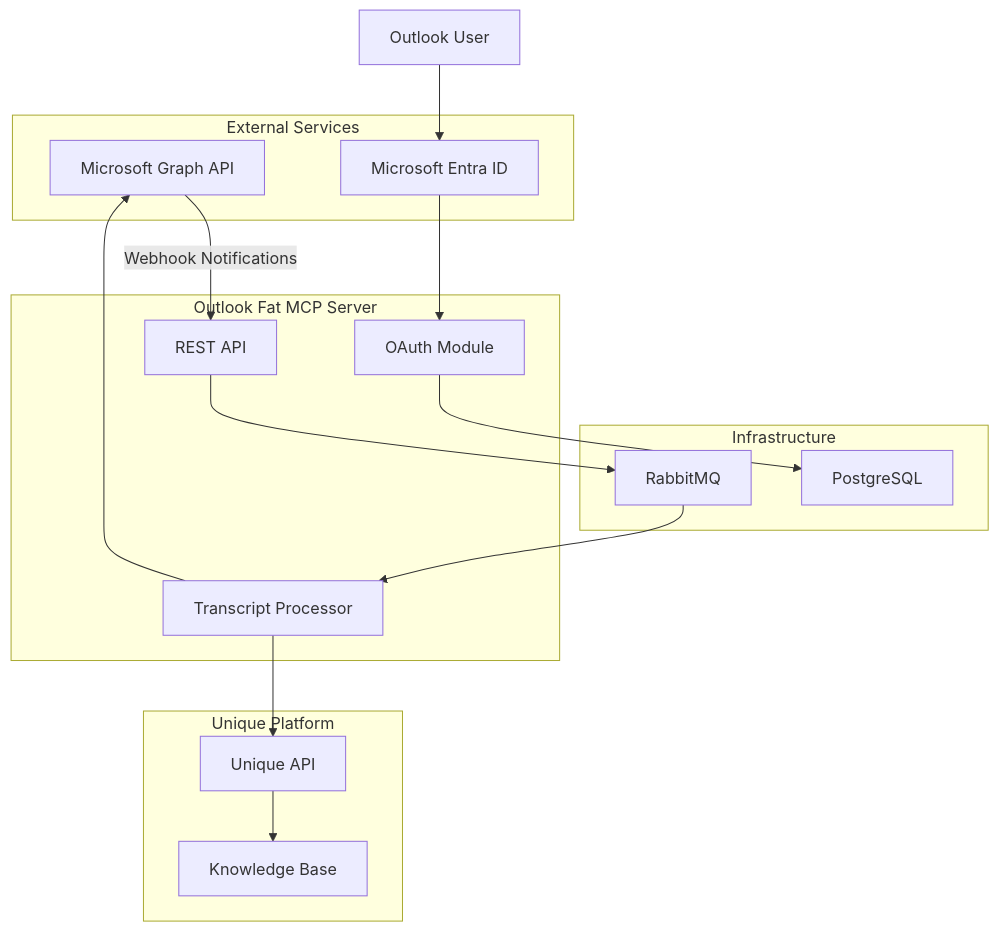
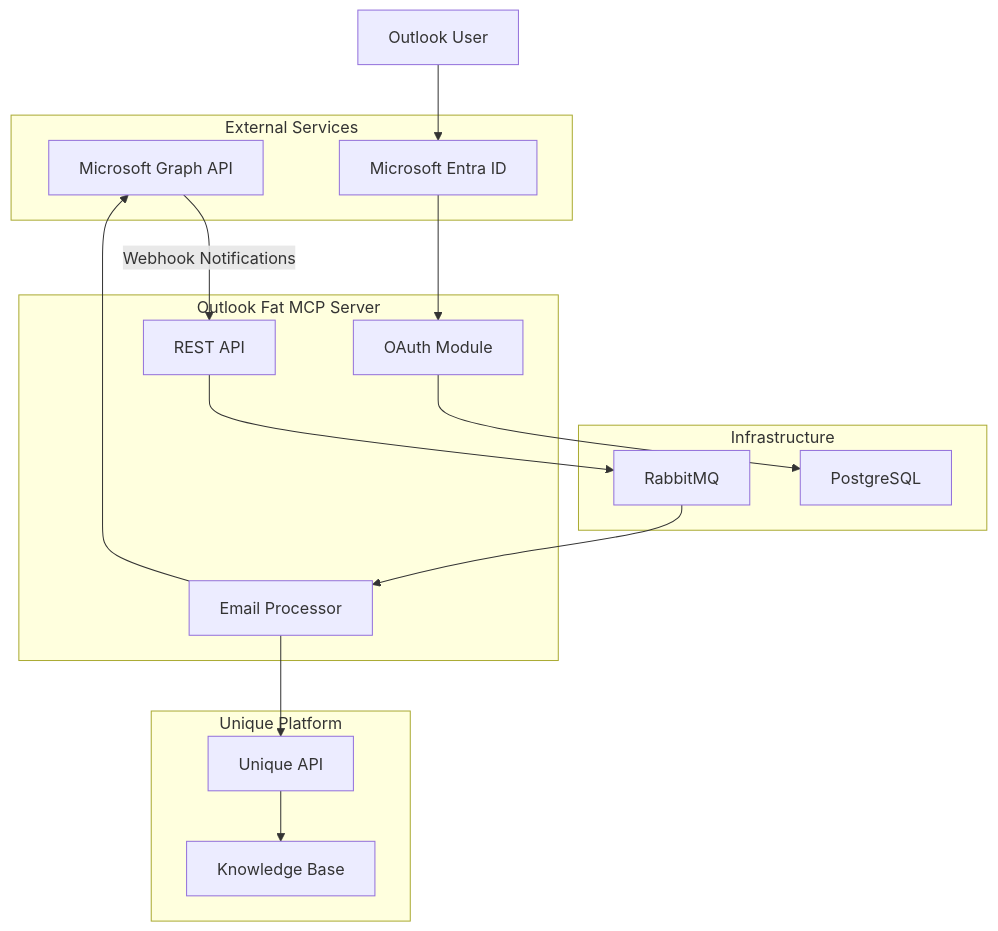
Before and after one commit to Unique-AG/connectors: the first of 3 diagrams in services/outlook-fat-mcp/docs/README.md, drawn with Mermaid. The commit also changed other lines of this file and 11 other files, not shown here.

````diff
--- a/services/outlook-fat-mcp/docs/README.md
+++ b/services/outlook-fat-mcp/docs/README.md
@@ -121,35 +116,35 @@
 ```mermaid
 flowchart TB
     subgraph External["External Services"]
         MSGraph["Microsoft Graph API"]
         EntraID["Microsoft Entra ID"]
     end
 
     subgraph OutlookFatMCP["Outlook Fat MCP Server"]
         API["REST API"]
         OAuth["OAuth Module"]
-        Processor["Transcript Processor"]
+        Processor["Email Processor"]
     end
 
     subgraph Infrastructure["Infrastructure"]
         RabbitMQ["RabbitMQ"]
         PostgreSQL["PostgreSQL"]
     end
 
     subgraph Unique["Unique Platform"]
         UniqueAPI["Unique API"]
         Storage["Knowledge Base"]
     end
 
     User["Outlook User"] --> EntraID
     EntraID --> OAuth
     OAuth --> PostgreSQL
 
     MSGraph -->|"Webhook Notifications"| API
     API --> RabbitMQ
     RabbitMQ --> Processor
 
     Processor --> MSGraph
     Processor --> UniqueAPI
     UniqueAPI --> Storage
 ```
````
